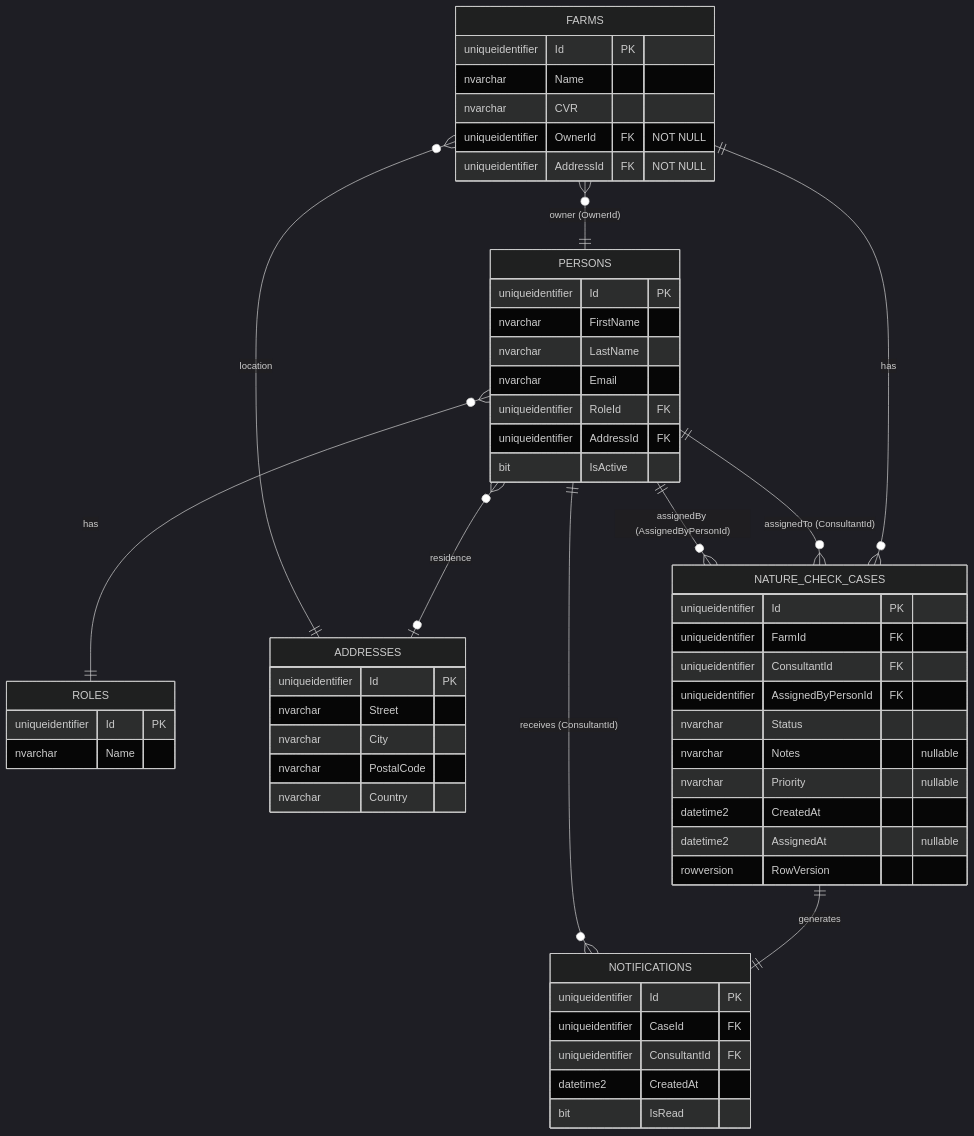
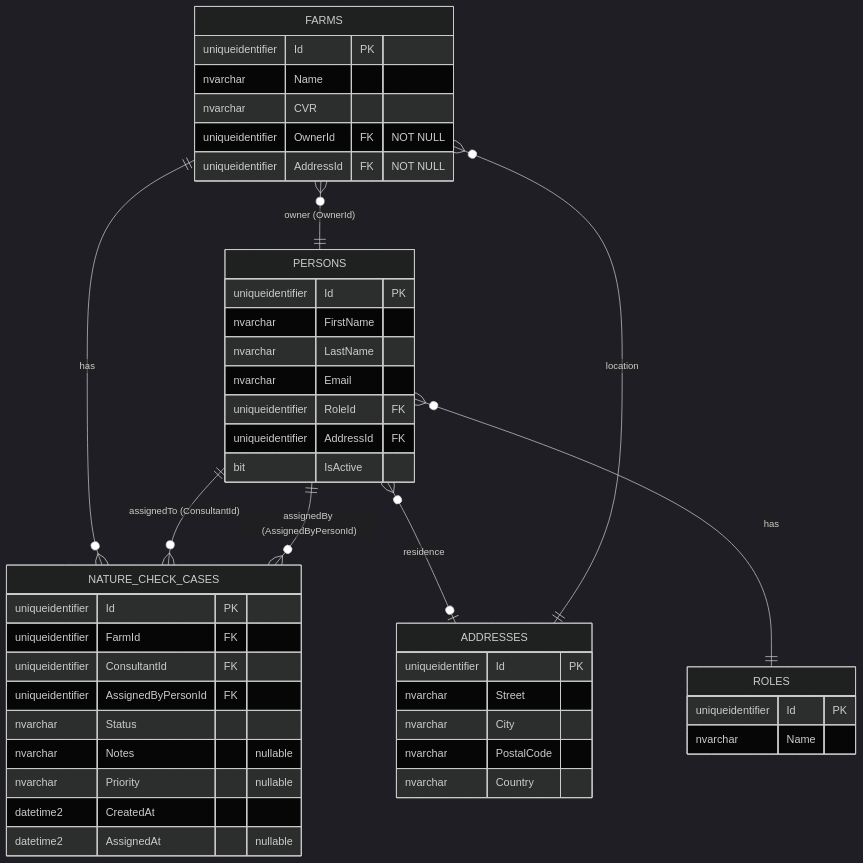
The diagram in docs/UseCase002B-AssignNatureCheckCase/UserStories/UC002B.2-AssignNatureCheckCase/UC002B.2-ER.md (DMOoF25-TEAM11/ArlaNatureConnect), drawn with Mermaid (dark theme) before and after one commit. The commit also changed other lines of this file and 65 other files, not shown here.

Commit message:
Update of UML

````diff
--- a/docs/UseCase002B-AssignNatureCheckCase/UserStories/UC002B.2-AssignNatureCheckCase/UC002B.2-ER.md
+++ b/docs/UseCase002B-AssignNatureCheckCase/UserStories/UC002B.2-AssignNatureCheckCase/UC002B.2-ER.md
@@ -7,67 +9,54 @@
 ```mermaid
 erDiagram
     FARMS {
         uniqueidentifier Id PK
         nvarchar Name
         nvarchar CVR
         uniqueidentifier OwnerId FK "NOT NULL"
         uniqueidentifier AddressId FK "NOT NULL"
     }
 
     PERSONS {
         uniqueidentifier Id PK
         nvarchar FirstName
         nvarchar LastName
         nvarchar Email
         uniqueidentifier RoleId FK
         uniqueidentifier AddressId FK
         bit IsActive
     }
 
     ROLES {
         uniqueidentifier Id PK
         nvarchar Name
     }
 
     ADDRESSES {
         uniqueidentifier Id PK
         nvarchar Street
         nvarchar City
         nvarchar PostalCode
         nvarchar Country
     }
 
     NATURE_CHECK_CASES {
         uniqueidentifier Id PK
         uniqueidentifier FarmId FK
         uniqueidentifier ConsultantId FK
         uniqueidentifier AssignedByPersonId FK
         nvarchar Status
         nvarchar Notes "nullable"
         nvarchar Priority "nullable"
         datetime2 CreatedAt
         datetime2 AssignedAt "nullable"
-        rowversion RowVersion
-    }
-
-    NOTIFICATIONS {
-        uniqueidentifier Id PK
-        uniqueidentifier CaseId FK
-        uniqueidentifier ConsultantId FK
-        datetime2 CreatedAt
-        bit IsRead
     }
 
     %% Relationships from UC002B.1
     FARMS ||--o{ NATURE_CHECK_CASES : "has"
     PERSONS ||--o{ NATURE_CHECK_CASES : "assignedTo (ConsultantId)"
     PERSONS ||--o{ NATURE_CHECK_CASES : "assignedBy (AssignedByPersonId)"
     PERSONS }o--|| ROLES : "has"
     PERSONS }o--o| ADDRESSES : "residence"
     FARMS }o--|| ADDRESSES : "location"
     FARMS }o--|| PERSONS : "owner (OwnerId)"
-    
-    %% New relationships for UC002B.2
-    NATURE_CHECK_CASES ||--|| NOTIFICATIONS : "generates"
-    PERSONS ||--o{ NOTIFICATIONS : "receives (ConsultantId)"
 ```
````
